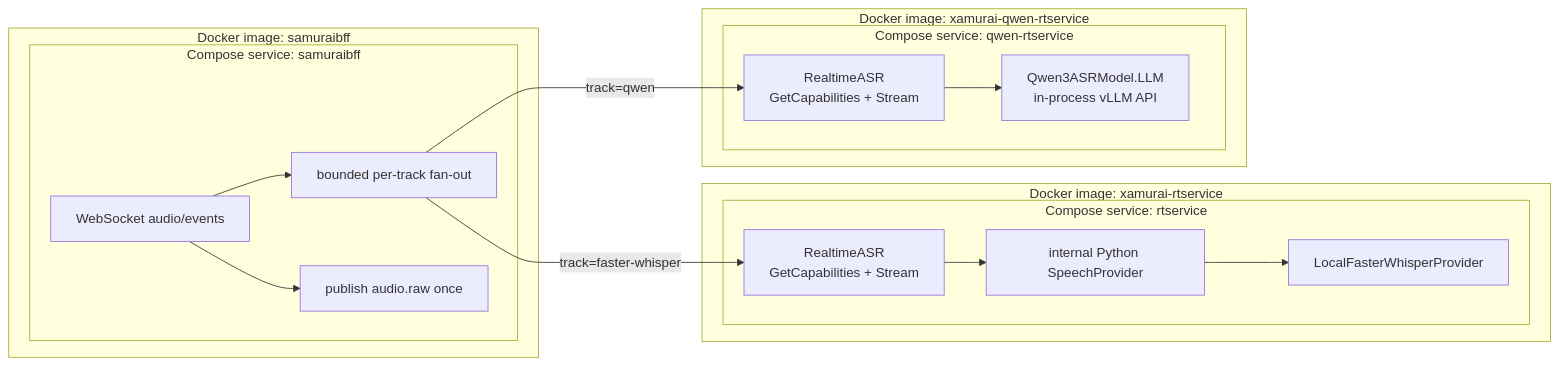
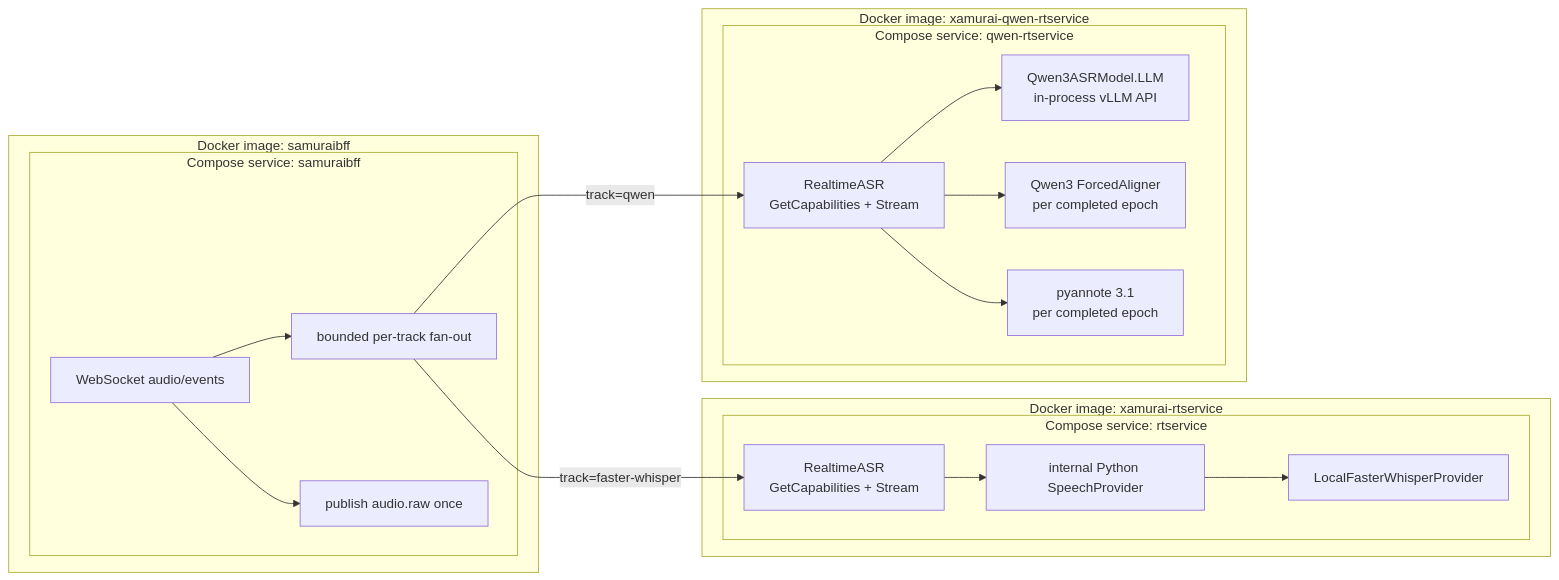
Before and after one commit to nanosamurai/xamurai: the diagram in docs/modular-asr-providers.md, drawn with Mermaid. The commit also changed other lines of this file and 1 other file, not shown here.

Commit message:
Document Qwen realtime enrichment

````diff
--- a/docs/modular-asr-providers.md
+++ b/docs/modular-asr-providers.md
@@ -8,32 +8,36 @@
 ```mermaid
 flowchart LR
     subgraph bffImage["Docker image: samuraibff"]
         subgraph bffService["Compose service: samuraibff"]
             WS["WebSocket audio/events"]
             Fanout["bounded per-track fan-out"]
             KafkaOnce["publish audio.raw once"]
         end
     end
 
     subgraph fasterImage["Docker image: xamurai-rtservice"]
         subgraph fasterService["Compose service: rtservice"]
             FasterAPI["RealtimeASR\nGetCapabilities + Stream"]
             SpeechProvider["internal Python SpeechProvider"]
             Faster["LocalFasterWhisperProvider"]
         end
     end
 
     subgraph qwenImage["Docker image: xamurai-qwen-rtservice"]
         subgraph qwenService["Compose service: qwen-rtservice"]
             QwenAPI["RealtimeASR\nGetCapabilities + Stream"]
             QwenBackend["Qwen3ASRModel.LLM\nin-process vLLM API"]
+            QwenAligner["Qwen3 ForcedAligner\nper completed epoch"]
+            QwenDiar["pyannote 3.1\nper completed epoch"]
         end
     end
 
     WS --> Fanout
     WS --> KafkaOnce
     Fanout -->|"track=faster-whisper"| FasterAPI
     Fanout -->|"track=qwen"| QwenAPI
     FasterAPI --> SpeechProvider --> Faster
     QwenAPI --> QwenBackend
+    QwenAPI --> QwenAligner
+    QwenAPI --> QwenDiar
 ```
````
